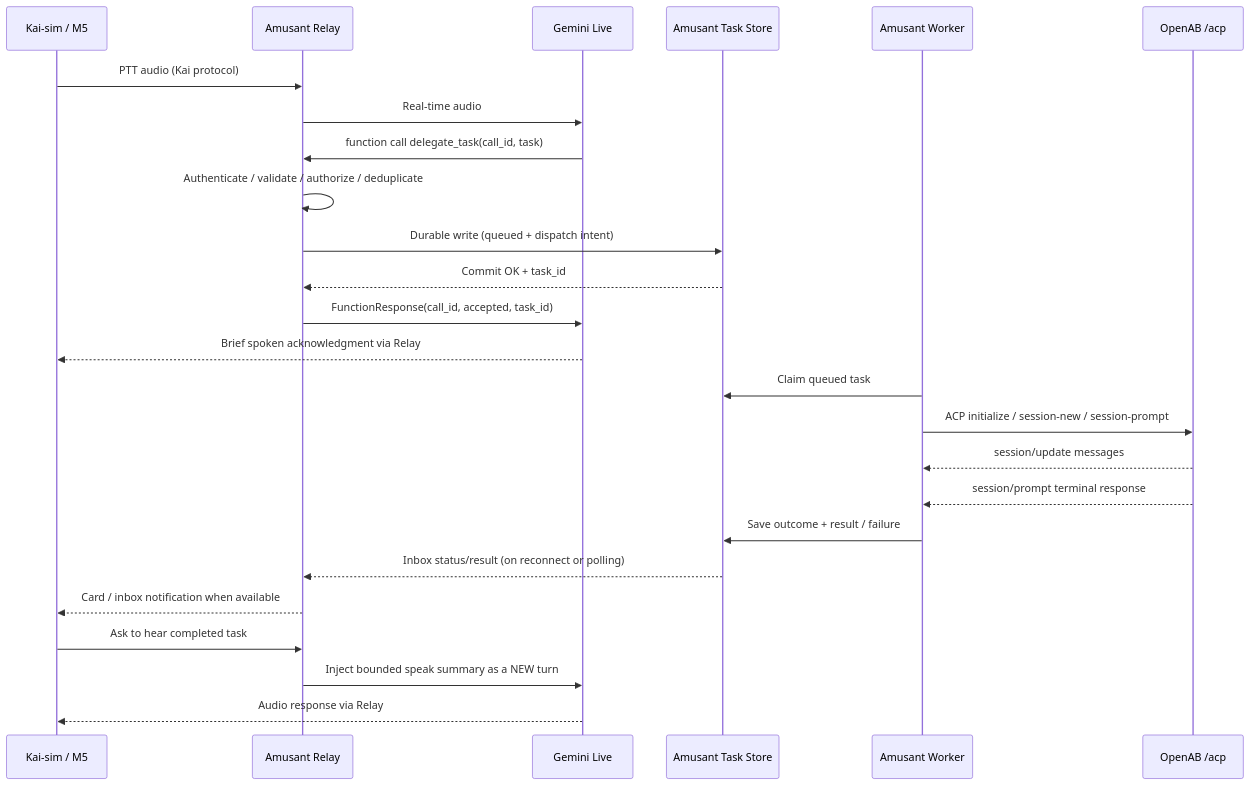
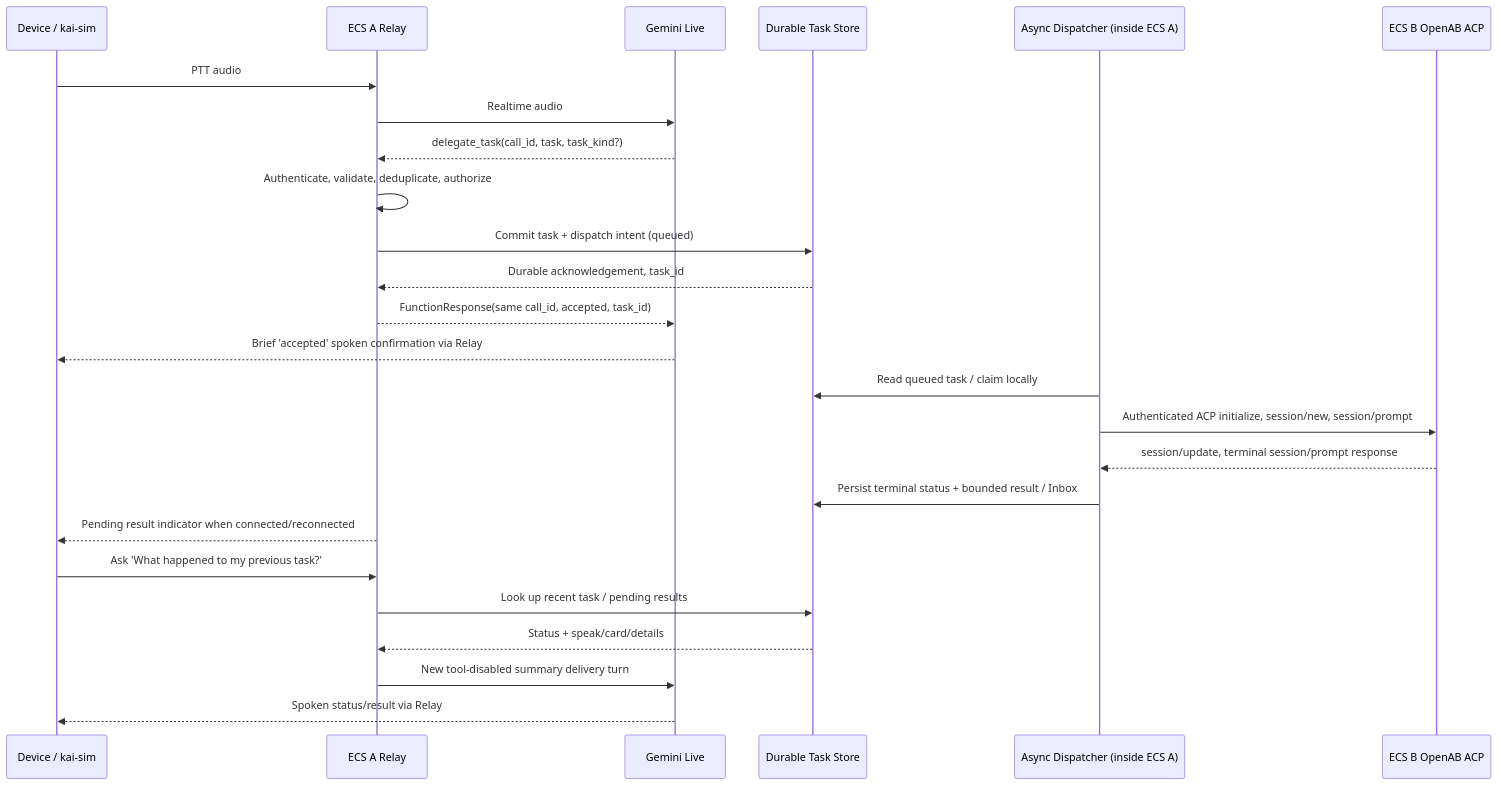
The diagram in docs/adr/0001-openab-acp-slow-path.md (smallgun01/amusant), drawn with Mermaid before and after one commit. The commit also changed other lines of this file and 4 other files, not shown here.

Commit message:
docs(architecture): amend Amusant to two ECS services

````diff
--- a/docs/adr/0001-openab-acp-slow-path.md
+++ b/docs/adr/0001-openab-acp-slow-path.md
@@ -28,28 +166,28 @@
-~~~mermaid
+```mermaid
 sequenceDiagram
-    participant D as Kai-sim / M5
-    participant R as Amusant Relay
+    participant D as Device / kai-sim
+    participant R as ECS A Relay
     participant G as Gemini Live
-    participant T as Amusant Task Store
-    participant W as Amusant Worker
-    participant A as OpenAB /acp
+    participant S as Durable Task Store
+    participant W as Async Dispatcher (inside ECS A)
+    participant A as ECS B OpenAB ACP
 
-    D->>R: PTT audio (Kai protocol)
-    R->>G: Real-time audio
-    G->>R: function call delegate_task(call_id, task)
-    R->>R: Authenticate / validate / authorize / deduplicate
-    R->>T: Durable write (queued + dispatch intent)
-    T-->>R: Commit OK + task_id
-    R->>G: FunctionResponse(call_id, accepted, task_id)
-    G-->>D: Brief spoken acknowledgment via Relay
-    W->>T: Claim queued task
-    W->>A: ACP initialize / session-new / session-prompt
-    A-->>W: session/update messages
-    A-->>W: session/prompt terminal response
-    W->>T: Save outcome + result / failure
-    T-->>R: Inbox status/result (on reconnect or polling)
-    R-->>D: Card / inbox notification when available
-    D->>R: Ask to hear completed task
-    R->>G: Inject bounded speak summary as a NEW turn
-    G-->>D: Audio response via Relay
-~~~
+    D->>R: PTT audio
+    R->>G: Realtime audio
+    G-->>R: delegate_task(call_id, task, task_kind?)
+    R->>R: Authenticate, validate, deduplicate, authorize
+    R->>S: Commit task + dispatch intent (queued)
+    S-->>R: Durable acknowledgement, task_id
+    R-->>G: FunctionResponse(same call_id, accepted, task_id)
+    G-->>D: Brief 'accepted' spoken confirmation via Relay
+    W->>S: Read queued task / claim locally
+    W->>A: Authenticated ACP initialize, session/new, session/prompt
+    A-->>W: session/update, terminal session/prompt response
+    W->>S: Persist terminal status + bounded result / Inbox
+    R-->>D: Pending result indicator when connected/reconnected
+    D->>R: Ask 'What happened to my previous task?'
+    R->>S: Look up recent task / pending results
+    S-->>R: Status + speak/card/details
+    R->>G: New tool-disabled summary delivery turn
+    G-->>D: Spoken status/result via Relay
+```
````
